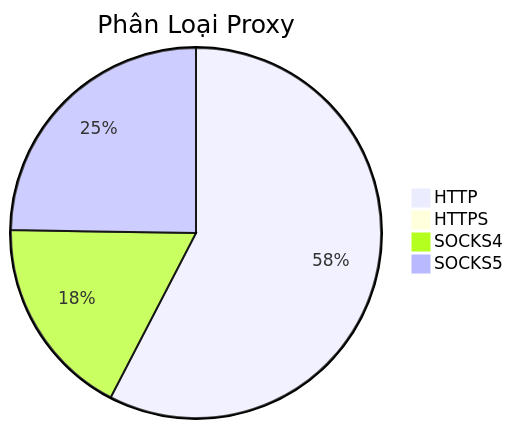
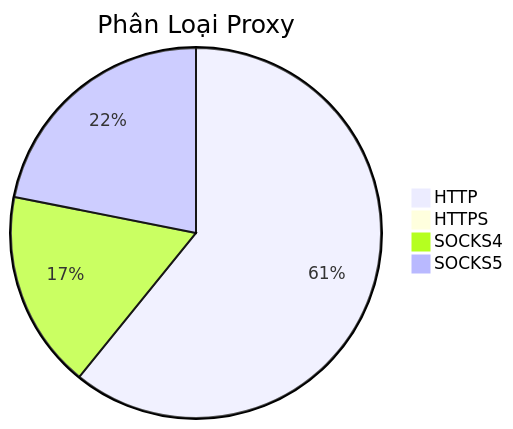
Before and after one commit to Ciara-12/PROXY-free: the diagram in README.md, drawn with Mermaid. The commit also changed other lines of this file and 4 other files, not shown here.

````diff
--- a/README.md
+++ b/README.md
@@ -26,7 +26,7 @@
 ```mermaid
 pie title Phân Loại Proxy
-    "HTTP" : 866
-    "HTTPS" : 3
-    "SOCKS4" : 265
-    "SOCKS5" : 372
+    "HTTP" : 993
+    "HTTPS" : 2
+    "SOCKS4" : 282
+    "SOCKS5" : 357
 ```
````
